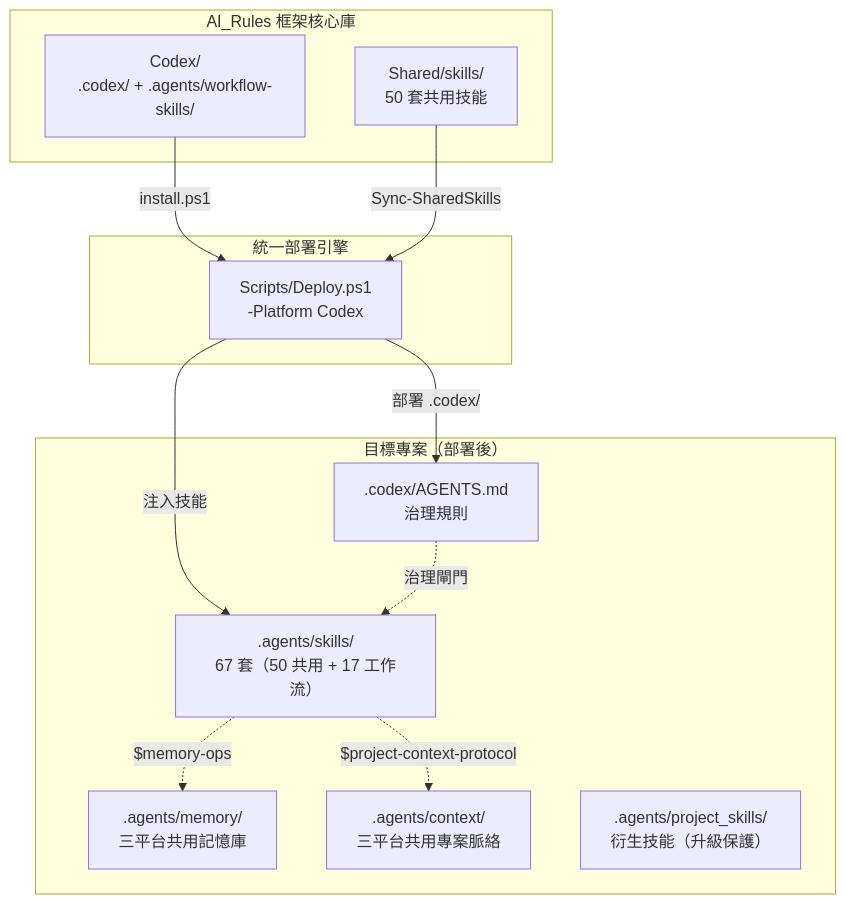
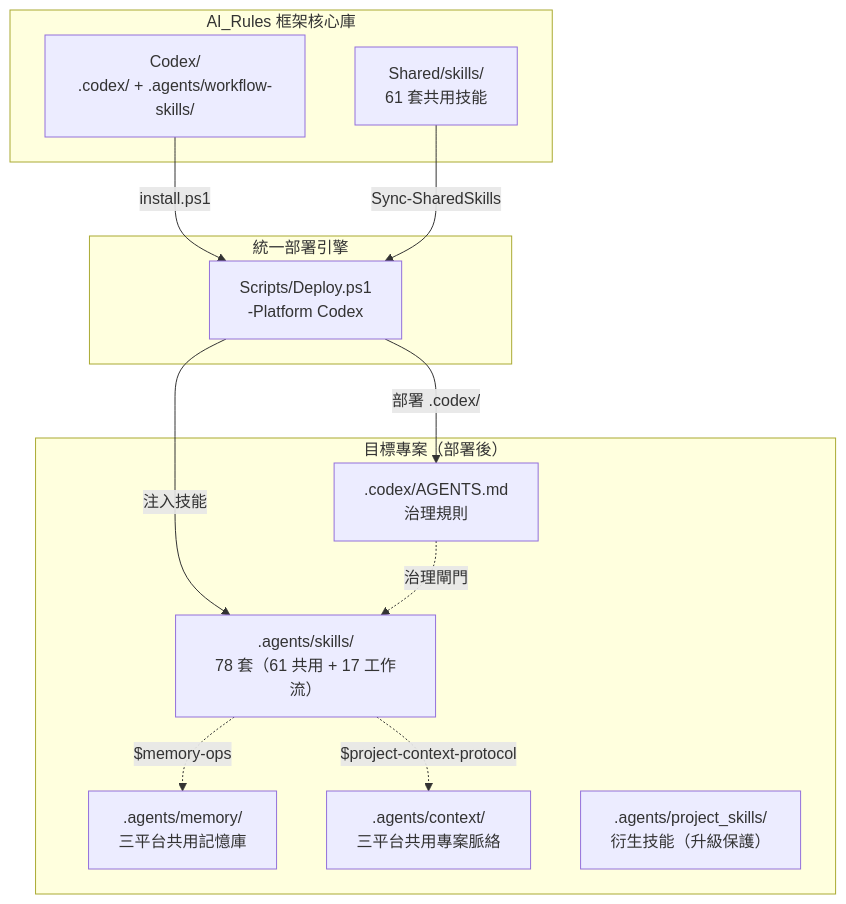
One commit to Kunshao1117/AI_Rules changed the first of 2 diagrams in Codex/README.md. Above: the diagram before and after it, drawn with Mermaid. The commit also changed other lines of this file and 124 other files, not shown here.

````diff
--- a/Codex/README.md
+++ b/Codex/README.md
@@ -78,27 +78,27 @@
 ```mermaid
 graph TB
     subgraph "AI_Rules 框架核心庫"
         SRC["Codex/<br/>.codex/ + .agents/workflow-skills/"]
-        SH["Shared/skills/<br/>50 套共用技能"]
+        SH["Shared/skills/<br/>61 套共用技能"]
     end
 
     subgraph "統一部署引擎"
         DEPLOY["Scripts/Deploy.ps1<br/>-Platform Codex"]
     end
 
     subgraph "目標專案（部署後）"
         CODEX[".codex/AGENTS.md<br/>治理規則"]
-        SKILLS[".agents/skills/<br/>67 套（50 共用 + 17 工作流）"]
+        SKILLS[".agents/skills/<br/>78 套（61 共用 + 17 工作流）"]
         MEM[".agents/memory/<br/>三平台共用記憶庫"]
         CTX[".agents/context/<br/>三平台共用專案脈絡"]
         PROJ[".agents/project_skills/<br/>衍生技能（升級保護）"]
     end
 
     SRC -->|"install.ps1"| DEPLOY
     SH -->|"Sync-SharedSkills"| DEPLOY
     DEPLOY -->|"部署 .codex/"| CODEX
     DEPLOY -->|"注入技能"| SKILLS
     SKILLS -.->|"$memory-ops"| MEM
     SKILLS -.->|"$project-context-protocol"| CTX
     CODEX -.->|"治理閘門"| SKILLS
 ```
````
